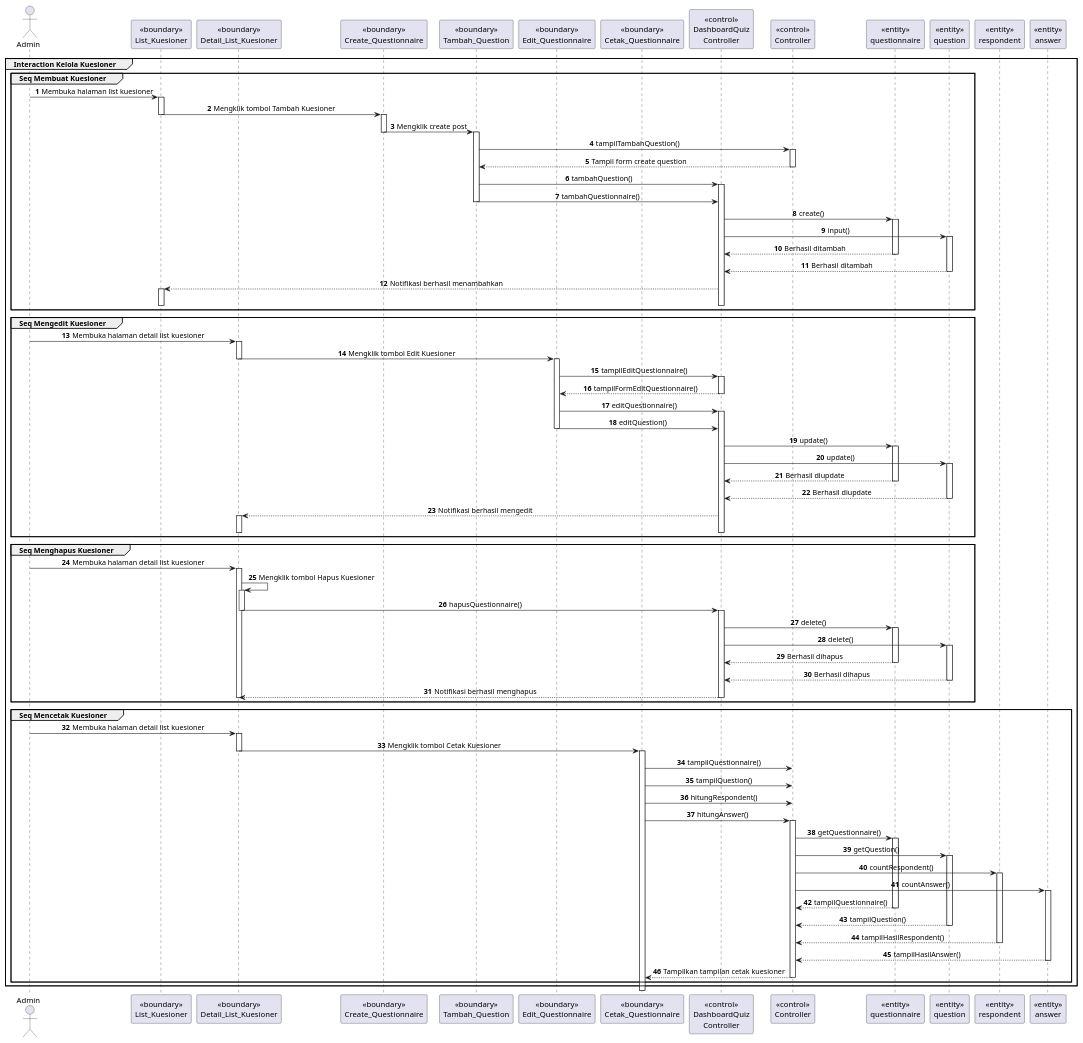
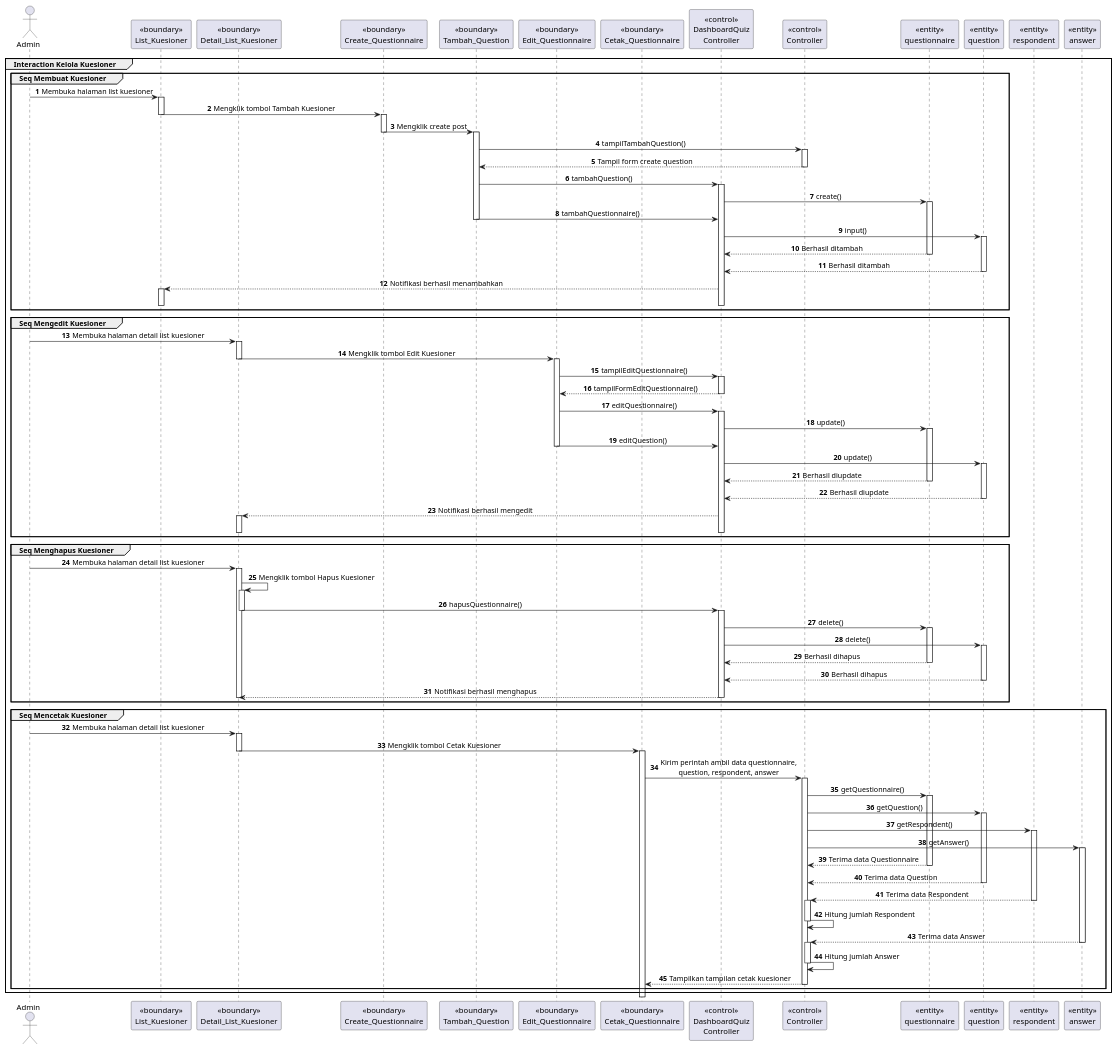
One commit to Churma16/indeks-kepuasan-masyarakat changed the diagram in documentation/SequenceDiagram/kelolaDataSequenceDiagram.puml. Above: the diagram before and after it, drawn with PlantUML. The commit also changed 16 other files, not shown here.

```diff
--- a/documentation/SequenceDiagram/kelolaDataSequenceDiagram.puml
+++ b/documentation/SequenceDiagram/kelolaDataSequenceDiagram.puml
@@ -1,140 +1,143 @@
-@startuml Interaction Kelola Data
+@startuml Interaction Kelola Data 2
 autonumber
 ' skinparam style strictuml
 skinparam SequenceMessageAlignment center
 group Interaction Kelola Kuesioner
 
     actor Admin 
     participant "<<boundary>>\nList_Kuesioner" as list
     participant "<<boundary>>\nDetail_List_Kuesioner" as dlist
     participant "<<boundary>>\nCreate_Questionnaire" as tquestionnaire
     participant "<<boundary>>\nTambah_Question" as tquestion
     participant "<<boundary>>\nEdit_Questionnaire" as equestionnaire
     participant "<<boundary>>\nCetak_Questionnaire" as cetak
     participant "<<control>>\nDashboardQuiz\nController" as dqcontrol
     participant "<<control>>\nController" as control
     participant "<<entity>>\nquestionnaire" as questioner
     participant "<<entity>>\nquestion" as question
     participant "<<entity>>\nrespondent" as respondent
     participant "<<entity>>\nanswer" as answer
 
 
 
     group Seq Membuat Kuesioner
         Admin-> list: Membuka halaman list kuesioner
         activate list
             list-> tquestionnaire: Mengklik tombol Tambah Kuesioner
         deactivate list
 
         activate tquestionnaire
             tquestionnaire-> tquestion: Mengklik create post
         deactivate tquestionnaire
 
         activate tquestion
             tquestion-> control: tampilTambahQuestion()
             activate control
                 control--> tquestion: Tampil form create question
             deactivate control
             tquestion-> dqcontrol: tambahQuestion()
             activate dqcontrol
+        dqcontrol-> questioner: create()
+        activate questioner
             tquestion-> dqcontrol: tambahQuestionnaire()
         deactivate tquestion
-        dqcontrol-> questioner: create()
-        activate questioner
         dqcontrol-> question: input()
         activate question
         questioner--> dqcontrol: Berhasil ditambah
         deactivate questioner
         question--> dqcontrol: Berhasil ditambah
         deactivate question
         dqcontrol--> list: Notifikasi berhasil menambahkan
         activate list
         deactivate list
         deactivate dqcontrol
     end
     
     group Seq Mengedit Kuesioner
         Admin->dlist: Membuka halaman detail list kuesioner
         activate dlist
             dlist-> equestionnaire: Mengklik tombol Edit Kuesioner
         deactivate dlist
         activate equestionnaire
         equestionnaire-> dqcontrol: tampilEditQuestionnaire()
             activate dqcontrol
                 dqcontrol--> equestionnaire: tampilFormEditQuestionnaire()
             deactivate dqcontrol
         equestionnaire-> dqcontrol: editQuestionnaire()
         activate dqcontrol
+        dqcontrol-> questioner: update()
+        activate questioner
         equestionnaire-> dqcontrol: editQuestion()
         deactivate equestionnaire
-        dqcontrol-> questioner: update()
-        activate questioner
         dqcontrol-> question: update()
         activate question
         questioner--> dqcontrol: Berhasil diupdate
         deactivate questioner
         question--> dqcontrol: Berhasil diupdate
         deactivate question
         dqcontrol--> dlist: Notifikasi berhasil mengedit
         activate dlist
         deactivate dlist
         deactivate dqcontrol
     end
 
     group Seq Menghapus Kuesioner
         Admin-> dlist: Membuka halaman detail list kuesioner
         activate dlist
                 dlist-> dlist: Mengklik tombol Hapus Kuesioner
             activate dlist
                 dlist-> dqcontrol: hapusQuestionnaire()
             deactivate dlist
             
             activate dqcontrol
                 dqcontrol-> questioner: delete()
             activate questioner
                 dqcontrol-> question: delete()
             activate question
                 questioner--> dqcontrol: Berhasil dihapus
             deactivate questioner
                 question--> dqcontrol: Berhasil dihapus
             deactivate question
                 dqcontrol--> dlist: Notifikasi berhasil menghapus
             deactivate dqcontrol
         deactivate dlist
     end
 
     group Seq Mencetak Kuesioner
         Admin-> dlist: Membuka halaman detail list kuesioner
         activate dlist
             dlist-> cetak: Mengklik tombol Cetak Kuesioner
         deactivate dlist
         activate cetak
-            cetak-> control: tampilQuestionnaire()
-            cetak-> control: tampilQuestion()
-            cetak-> control: hitungRespondent()
-            cetak-> control: hitungAnswer()
+            cetak-> control: Kirim perintah ambil data questionnaire,\nquestion, respondent, answer
             activate control
                 control -> questioner: getQuestionnaire()
                 activate questioner
                 control -> question: getQuestion()
                 activate question
-                control -> respondent: countRespondent()
+                control -> respondent: getRespondent()
                 activate respondent
-                control -> answer: countAnswer()
+                control -> answer: getAnswer()
                 activate answer
 
-                questioner--> control: tampilQuestionnaire()
+                questioner--> control: Terima data Questionnaire
                 deactivate questioner
-                question--> control: tampilQuestion()
+                question--> control: Terima data Question
                 deactivate question
-                respondent--> control: tampilHasilRespondent()
+                respondent--> control: Terima data Respondent
                 deactivate respondent
-                answer--> control: tampilHasilAnswer()
+                activate control
+                control -> control: Hitung jumlah Respondent
+                deactivate control
+                answer--> control: Terima data Answer
                 deactivate answer
+                activate control
+                control -> control: Hitung jumlah Answer
+                deactivate control
 
 
                 control--> cetak: Tampilkan tampilan cetak kuesioner
             deactivate control
     end
 end
 @enduml
```
